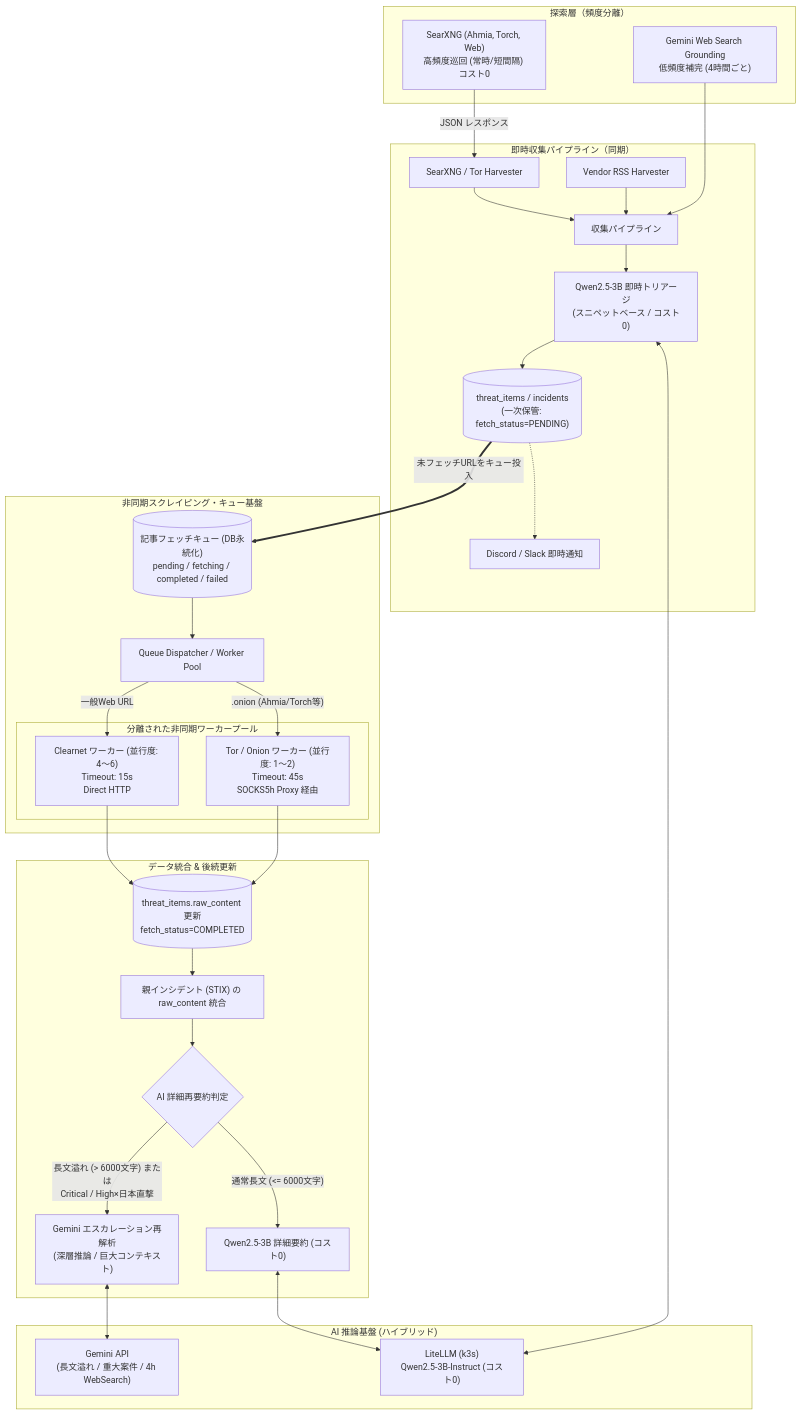
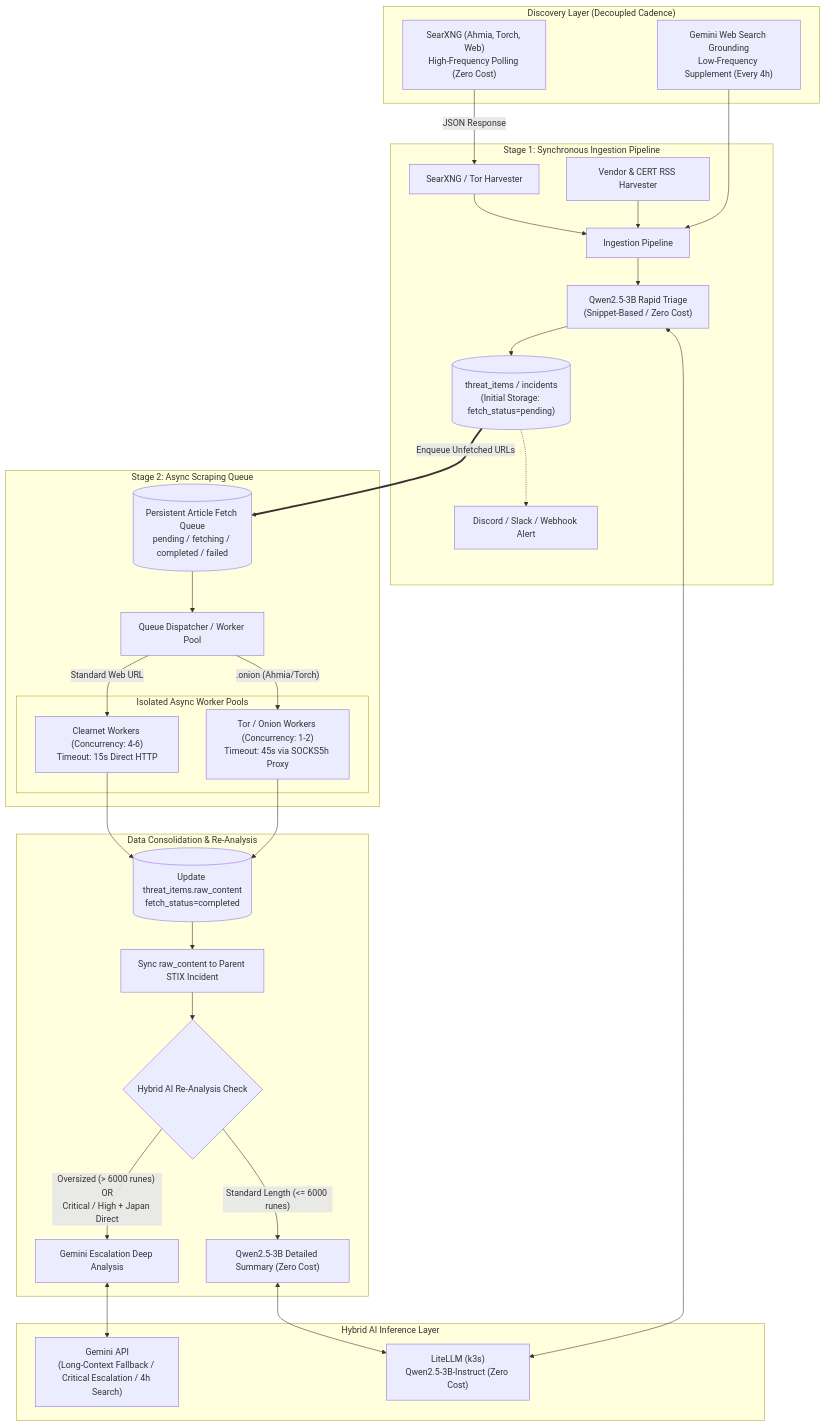
One commit to al17091/threat_harvester changed the diagram in docs/plan.md. Above: the diagram before and after it, drawn with Mermaid. The commit also changed other lines of this file and 80 other files, not shown here.

First line of the commit message:
feat: rename to threat_harvester, add actor attribution evidence, subpath routing, and footer disclaimer

````diff
--- a/docs/plan.md
+++ b/docs/plan.md
@@ -40,57 +38,57 @@
 ```mermaid
 flowchart TD
-    subgraph Discovery_Layer["探索層（頻度分離）"]
-        S_URL["SearXNG (Ahmia, Torch, Web)\n高頻度巡回 (常時/短間隔) コスト0"]
-        G_Search["Gemini Web Search Grounding\n低頻度補完 (4時間ごと)"]
+    subgraph Discovery_Layer["Discovery Layer (Decoupled Cadence)"]
+        S_URL["SearXNG (Ahmia, Torch, Web)\nHigh-Frequency Polling (Zero Cost)"]
+        G_Search["Gemini Web Search Grounding\nLow-Frequency Supplement (Every 4h)"]
     end
 
-    subgraph LLM_Layer["AI 推論基盤 (ハイブリッド)"]
-        LiteLLM["LiteLLM (k3s)\nQwen2.5-3B-Instruct (コスト0)"]
-        GeminiAPI["Gemini API\n(長文溢れ / 重大案件 / 4h WebSearch)"]
+    subgraph LLM_Layer["Hybrid AI Inference Layer"]
+        LiteLLM["LiteLLM (k3s)\nQwen2.5-3B-Instruct (Zero Cost)"]
+        GeminiAPI["Gemini API\n(Long-Context Fallback / Critical Escalation / 4h Search)"]
     end
 
-    subgraph Ingestion["即時収集パイプライン（同期）"]
+    subgraph Ingestion["Stage 1: Synchronous Ingestion Pipeline"]
         Harvester["SearXNG / Tor Harvester"]
-        RSS["Vendor RSS Harvester"]
+        RSS["Vendor & CERT RSS Harvester"]
         
-        S_URL -->|"JSON レスポンス"| Harvester
-        Harvester --> Pipe["収集パイプライン"]
+        S_URL -->|"JSON Response"| Harvester
+        Harvester --> Pipe["Ingestion Pipeline"]
         RSS --> Pipe
         G_Search --> Pipe
 
-        Pipe --> AI_Quick["Qwen2.5-3B 即時トリアージ\n(スニペットベース / コスト0)"]
+        Pipe --> AI_Quick["Qwen2.5-3B Rapid Triage\n(Snippet-Based / Zero Cost)"]
         AI_Quick <--> LiteLLM
-        AI_Quick --> DB_Quick[("threat_items / incidents\n(一次保管: fetch_status=PENDING)")]
-        DB_Quick -.-> Alert["Discord / Slack 即時通知"]
+        AI_Quick --> DB_Quick[("threat_items / incidents\n(Initial Storage: fetch_status=pending)")]
+        DB_Quick -.-> Alert["Discord / Slack / Webhook Alert"]
     end
 
-    subgraph QueueSystem["非同期スクレイピング・キュー基盤"]
-        Q[("記事フェッチキュー (DB永続化)\npending / fetching / completed / failed")]
-        DB_Quick ==>|"未フェッチURLをキュー投入"| Q
+    subgraph QueueSystem["Stage 2: Async Scraping Queue"]
+        Q[("Persistent Article Fetch Queue\npending / fetching / completed / failed")]
+        DB_Quick ==>|"Enqueue Unfetched URLs"| Q
         Dispatcher["Queue Dispatcher / Worker Pool"]
         Q --> Dispatcher
 
-        subgraph Workers["分離された非同期ワーカープール"]
-            W_Tor["Tor / Onion ワーカー (並行度: 1〜2)\nTimeout: 45s\nSOCKS5h Proxy 経由"]
-            W_Clear["Clearnet ワーカー (並行度: 4〜6)\nTimeout: 15s\nDirect HTTP"]
+        subgraph Workers["Isolated Async Worker Pools"]
+            W_Tor["Tor / Onion Workers (Concurrency: 1-2)\nTimeout: 45s via SOCKS5h Proxy"]
+            W_Clear["Clearnet Workers (Concurrency: 4-6)\nTimeout: 15s Direct HTTP"]
         end
 
-        Dispatcher -->|".onion (Ahmia/Torch等)"| W_Tor
-        Dispatcher -->|"一般Web URL"| W_Clear
+        Dispatcher -->|".onion (Ahmia/Torch)"| W_Tor
+        Dispatcher -->|"Standard Web URL"| W_Clear
     end
 
-    subgraph PostProcessing["データ統合 & 後続更新"]
-        DB_Update[("threat_items.raw_content 更新\nfetch_status=COMPLETED")]
-        IncSync["親インシデント (STIX) の raw_content 統合"]
+    subgraph PostProcessing["Data Consolidation & Re-Analysis"]
+        DB_Update[("Update threat_items.raw_content\nfetch_status=completed")]
+        IncSync["Sync raw_content to Parent STIX Incident"]
         
         W_Tor --> DB_Update
         W_Clear --> DB_Update
         DB_Update --> IncSync
 
-        IncSync --> Branch{"AI 詳細再要約判定"}
-        Branch -->|"通常長文 (<= 6000文字)"| AI_Local["Qwen2.5-3B 詳細要約 (コスト0)"]
+        IncSync --> Branch{"Hybrid AI Re-Analysis Check"}
+        Branch -->|"Standard Length (<= 6000 runes)"| AI_Local["Qwen2.5-3B Detailed Summary (Zero Cost)"]
         AI_Local <--> LiteLLM
-        Branch -->|"長文溢れ (> 6000文字) または\nCritical / High×日本直撃"| AI_Gemini["Gemini エスカレーション再解析\n(深層推論 / 巨大コンテキスト)"]
+        Branch -->|"Oversized (> 6000 runes) OR\nCritical / High + Japan Direct"| AI_Gemini["Gemini Escalation Deep Analysis"]
         AI_Gemini <--> GeminiAPI
     end
 ```
````
